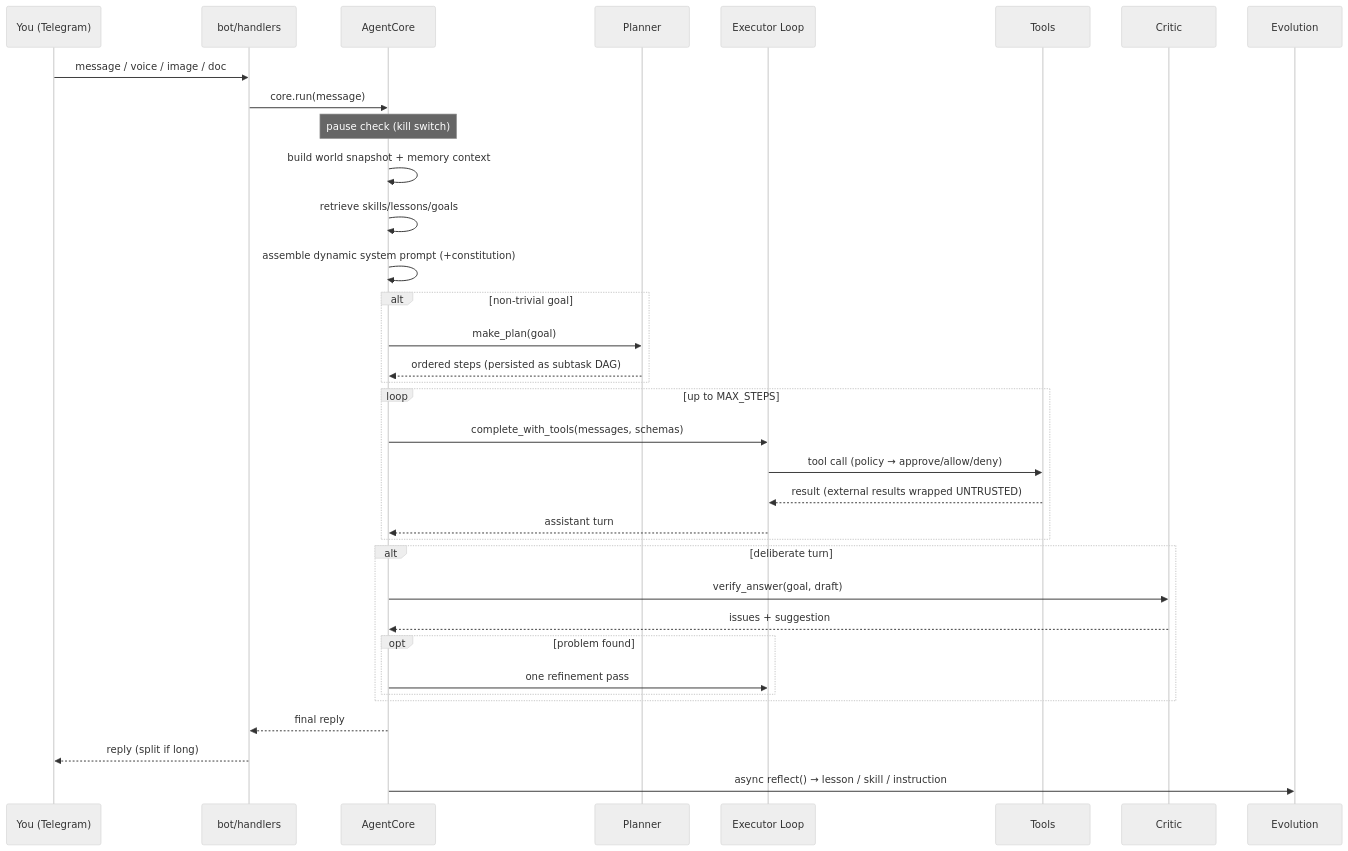
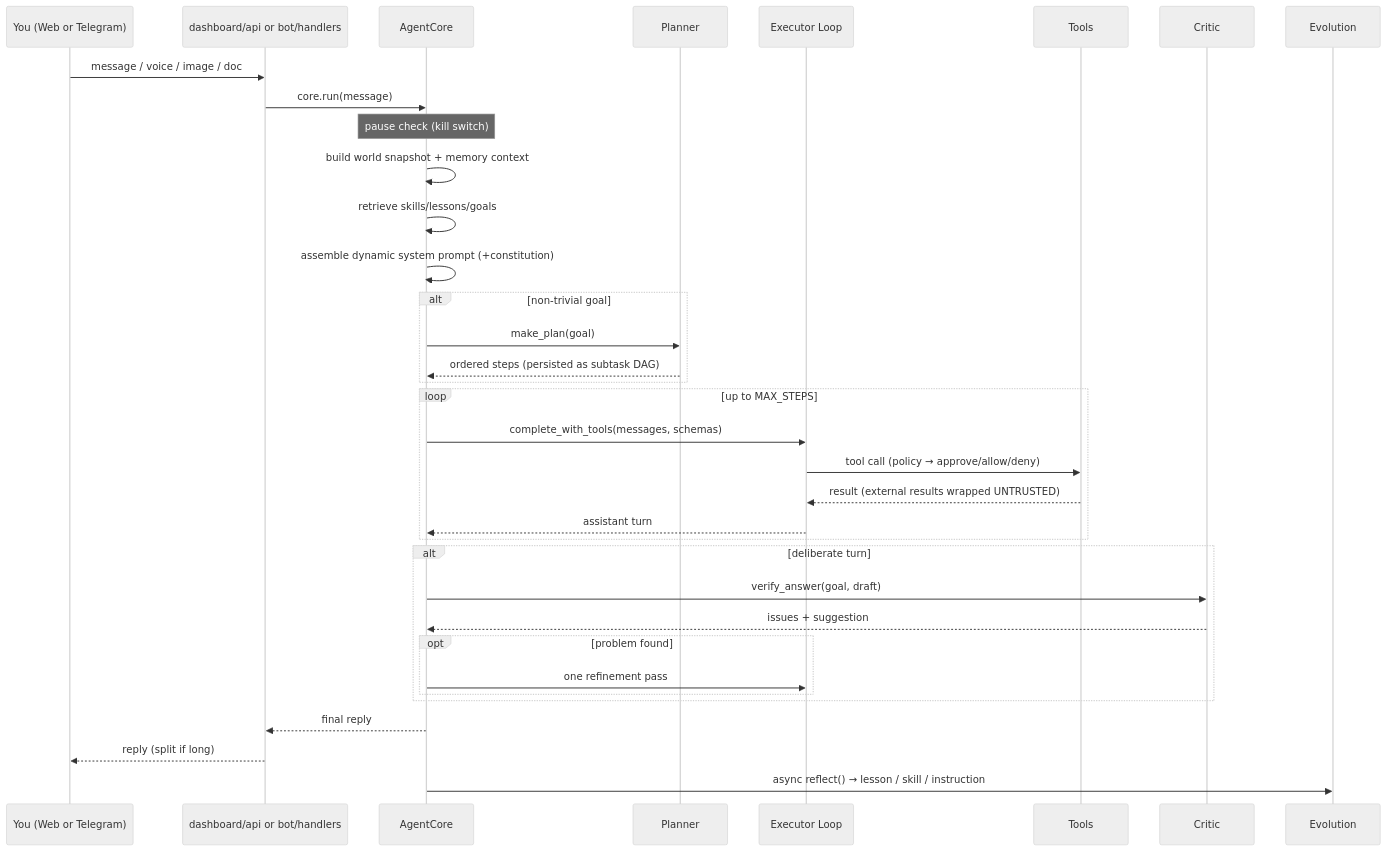
Before and after one commit to Vinayak-RZ/Founder-OS: the fifth of 5 diagrams in README.md, drawn with Mermaid (neutral theme). The commit also changed other lines of this file, not shown here.

Commit message:
docs: fix README accuracy, section order, and Qdrant/web-first alignment

````diff
--- a/README.md
+++ b/README.md
@@ -308,38 +317,38 @@
 ```mermaid
 sequenceDiagram
-    participant U as You (Telegram)
-    participant B as bot/handlers
+    participant U as You (Web or Telegram)
+    participant B as dashboard/api or bot/handlers
     participant C as AgentCore
     participant P as Planner
     participant L as Executor Loop
     participant T as Tools
     participant V as Critic
     participant E as Evolution
 
     U->>B: message / voice / image / doc
     B->>C: core.run(message)
     Note over C: pause check (kill switch)
     C->>C: build world snapshot + memory context
     C->>C: retrieve skills/lessons/goals
     C->>C: assemble dynamic system prompt (+constitution)
     alt non-trivial goal
         C->>P: make_plan(goal)
         P-->>C: ordered steps (persisted as subtask DAG)
     end
     loop up to MAX_STEPS
         C->>L: complete_with_tools(messages, schemas)
         L->>T: tool call (policy → approve/allow/deny)
         T-->>L: result (external results wrapped UNTRUSTED)
         L-->>C: assistant turn
     end
     alt deliberate turn
         C->>V: verify_answer(goal, draft)
         V-->>C: issues + suggestion
         opt problem found
             C->>L: one refinement pass
         end
     end
     C-->>B: final reply
     B-->>U: reply (split if long)
     C->>E: async reflect() → lesson / skill / instruction
 ```
````
